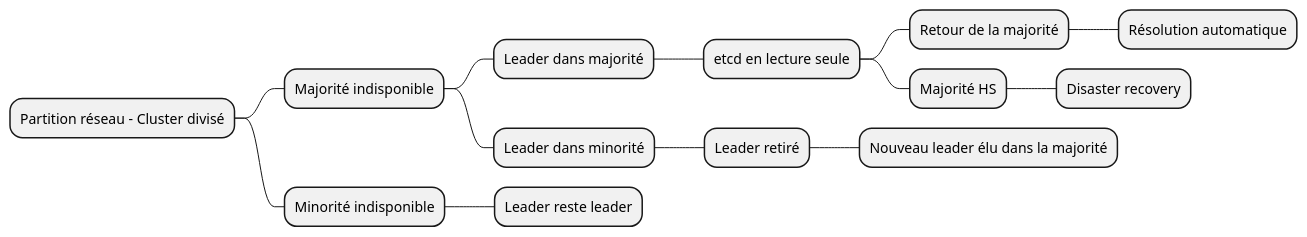
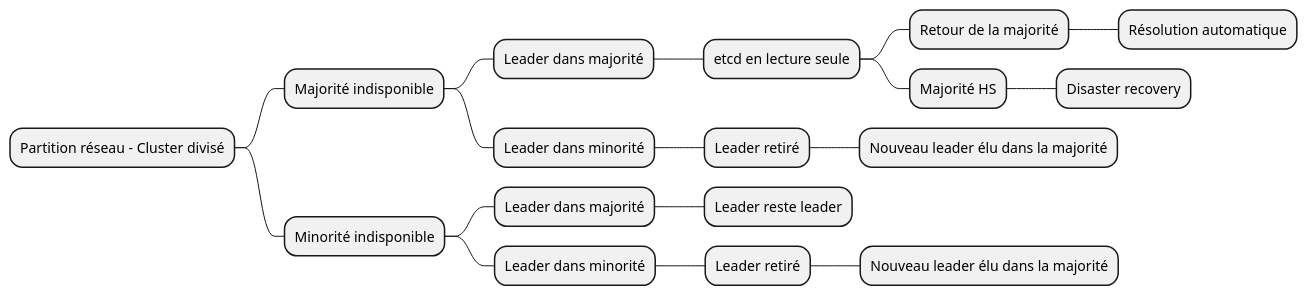
Before and after one commit to sylvainmetayer/talk-k8s-2-az: the diagram in diagrams/030-etcd-netpart.puml, drawn with PlantUML. The commit also changed 8 other files, not shown here.

```diff
--- a/diagrams/030-etcd-netpart.puml
+++ b/diagrams/030-etcd-netpart.puml
@@ -1,17 +1,21 @@
 @startmindmap
 
 * Partition réseau - Cluster divisé
 ** Majorité indisponible
 *** Leader dans majorité
 **** etcd en lecture seule
 ***** Retour de la majorité
 ****** Résolution automatique
 ***** Majorité HS
 ****** Disaster recovery
 *** Leader dans minorité
 **** Leader retiré
 ***** Nouveau leader élu dans la majorité
 ** Minorité indisponible
-*** Leader reste leader
+*** Leader dans majorité
+**** Leader reste leader
+*** Leader dans minorité
+**** Leader retiré
+***** Nouveau leader élu dans la majorité
 
 @endmindmap
```
